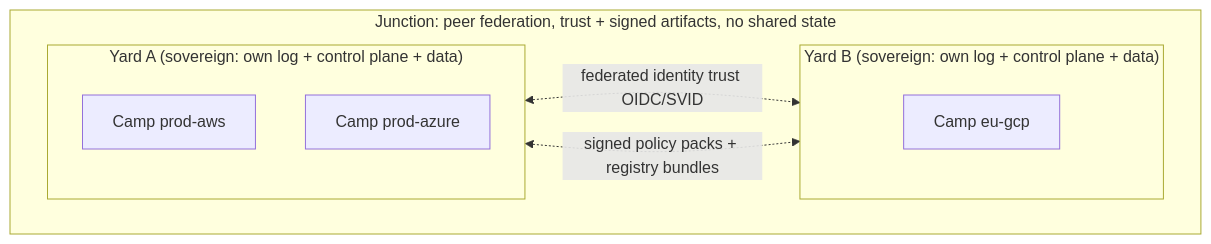
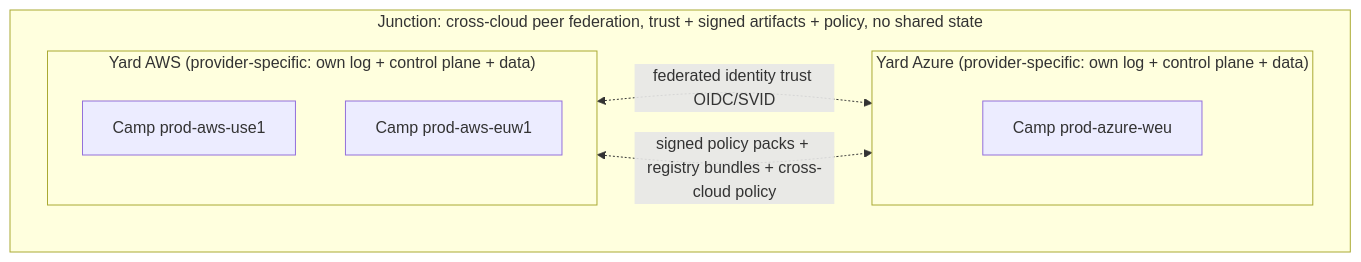
The second of 3 diagrams in docs/design/control-plane.md (Tyler-R-Kendrick/HoBo), drawn with Mermaid before and after one commit. The commit also changed other lines of this file and 15 other files, not shown here.

````diff
--- a/docs/design/control-plane.md
+++ b/docs/design/control-plane.md
@@ -87,14 +87,14 @@
 ```mermaid
 flowchart TB
-  subgraph JUNCTION["Junction: peer federation, trust + signed artifacts, no shared state"]
-    subgraph Y1["Yard A (sovereign: own log + control plane + data)"]
-      C1["Camp prod-aws"]
-      C2["Camp prod-azure"]
+  subgraph JUNCTION["Junction: cross-cloud peer federation, trust + signed artifacts + policy, no shared state"]
+    subgraph Y1["Yard AWS (provider-specific: own log + control plane + data)"]
+      C1["Camp prod-aws-use1"]
+      C2["Camp prod-aws-euw1"]
     end
-    subgraph Y2["Yard B (sovereign: own log + control plane + data)"]
-      C3["Camp eu-gcp"]
+    subgraph Y2["Yard Azure (provider-specific: own log + control plane + data)"]
+      C3["Camp prod-azure-weu"]
     end
   end
   Y1 <-.->|federated identity trust OIDC/SVID| Y2
-  Y1 <-.->|signed policy packs + registry bundles| Y2
+  Y1 <-.->|signed policy packs + registry bundles + cross-cloud policy| Y2
 ```
````
